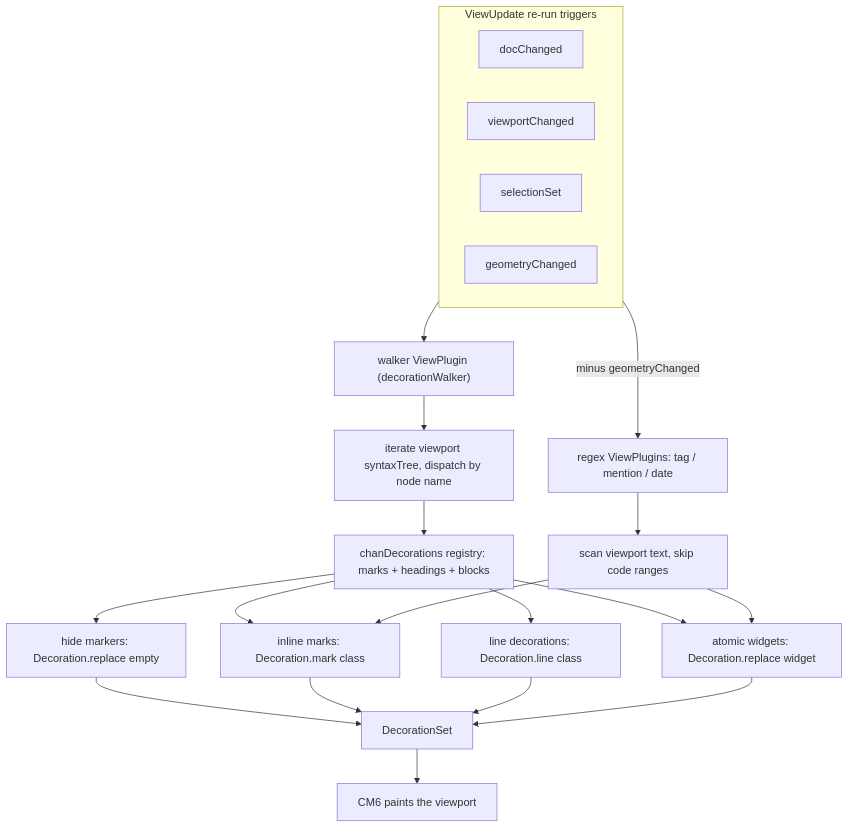
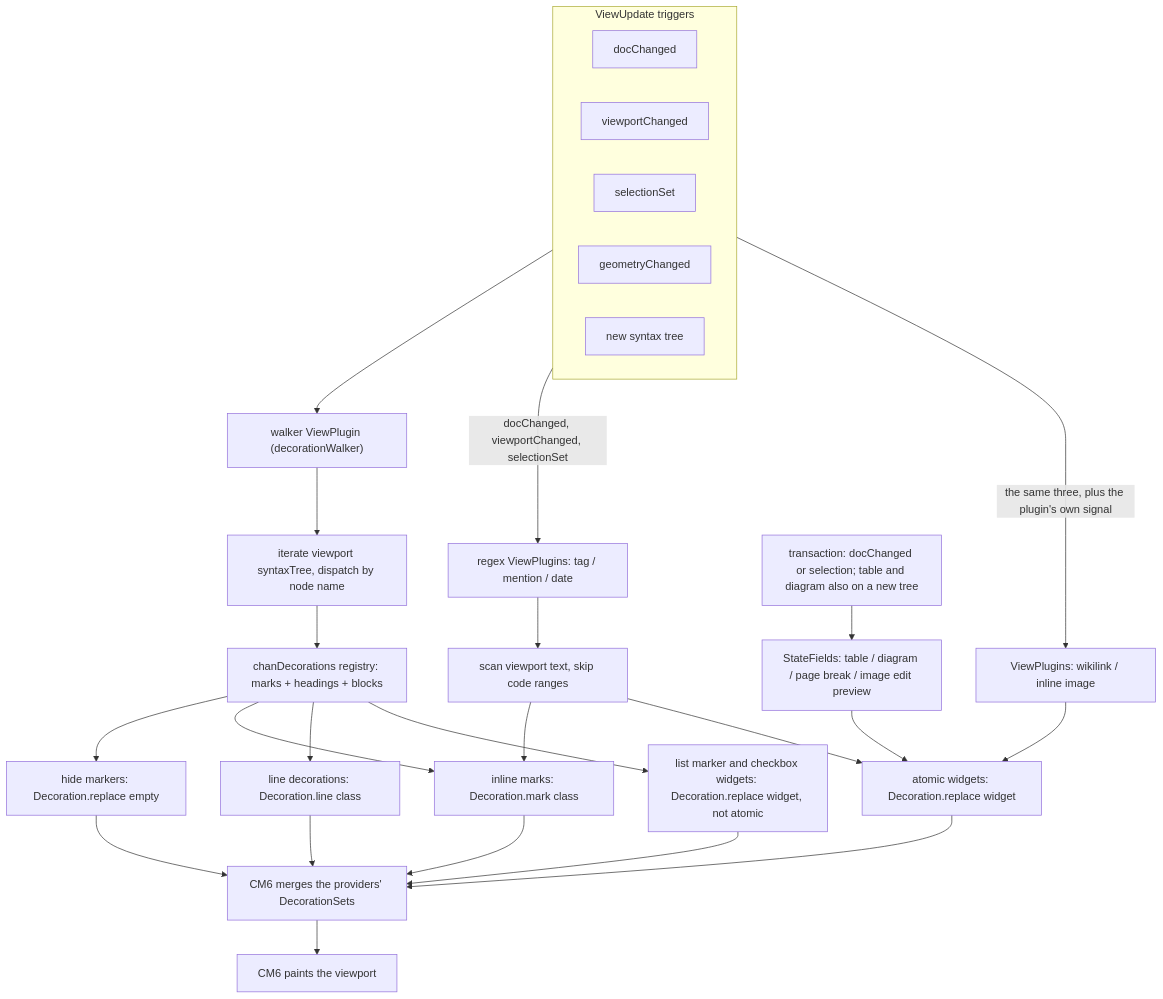
Before and after one commit to fiorix/chan: the first of 4 diagrams in web/packages/workspace-app/src/editor/design.md, drawn with Mermaid. The commit also changed other lines of this file, not shown here.

Commit message:
docs(workspace-app): correct the editor design's atom rule and pipeline
The visibility rule gave every atom widget one test. The wikilink,
date, table and diagram widgets test a touch of the range they
replace, an image tests the strict interior of its source, and a page
break tests line overlap. The pipeline section had the walker's
registry produce the atomic widgets and one DecorationSet hold
everything. Each atomic widget comes from its own plugin or field
with its own recompute test, and CM6 merges the sets. The bubble spec
is recomputed on a document or selection change, not on every
transaction.

````diff
--- a/web/packages/workspace-app/src/editor/design.md
+++ b/web/packages/workspace-app/src/editor/design.md
@@ -53,26 +53,32 @@
 ```mermaid
 flowchart TD
-  subgraph TRIG["ViewUpdate re-run triggers"]
+  subgraph TRIG["ViewUpdate triggers"]
     direction LR
     T1["docChanged"]
     T2["viewportChanged"]
     T3["selectionSet"]
     T4["geometryChanged"]
+    T5["new syntax tree"]
   end
   TRIG --> Walker["walker ViewPlugin (decorationWalker)"]
   Walker --> Iter["iterate viewport syntaxTree, dispatch by node name"]
   Iter --> Reg["chanDecorations registry: marks + headings + blocks"]
   Reg --> K1["hide markers: Decoration.replace empty"]
   Reg --> K2["inline marks: Decoration.mark class"]
   Reg --> K3["line decorations: Decoration.line class"]
-  Reg --> K4["atomic widgets: Decoration.replace widget"]
-  TRIG -->|"minus geometryChanged"| Regex["regex ViewPlugins: tag / mention / date"]
+  Reg --> K5["list marker and checkbox widgets: Decoration.replace widget, not atomic"]
+  TRIG -->|"docChanged, viewportChanged, selectionSet"| Regex["regex ViewPlugins: tag / mention / date"]
   Regex --> Skip["scan viewport text, skip code ranges"]
   Skip --> K2
-  Skip --> K4
-  K1 --> DSet["DecorationSet"]
-  K2 --> DSet
-  K3 --> DSet
-  K4 --> DSet
-  DSet --> Render["CM6 paints the viewport"]
+  Skip --> K4["atomic widgets: Decoration.replace widget"]
+  TRIG -->|"the same three, plus the plugin's own signal"| Atoms["ViewPlugins: wikilink / inline image"]
+  Atoms --> K4
+  TR["transaction: docChanged or selection; table and diagram also on a new tree"] --> Fields["StateFields: table / diagram / page break / image edit preview"]
+  Fields --> K4
+  K1 --> Merge["CM6 merges the providers' DecorationSets"]
+  K2 --> Merge
+  K3 --> Merge
+  K4 --> Merge
+  K5 --> Merge
+  Merge --> Render["CM6 paints the viewport"]
 ```
````
